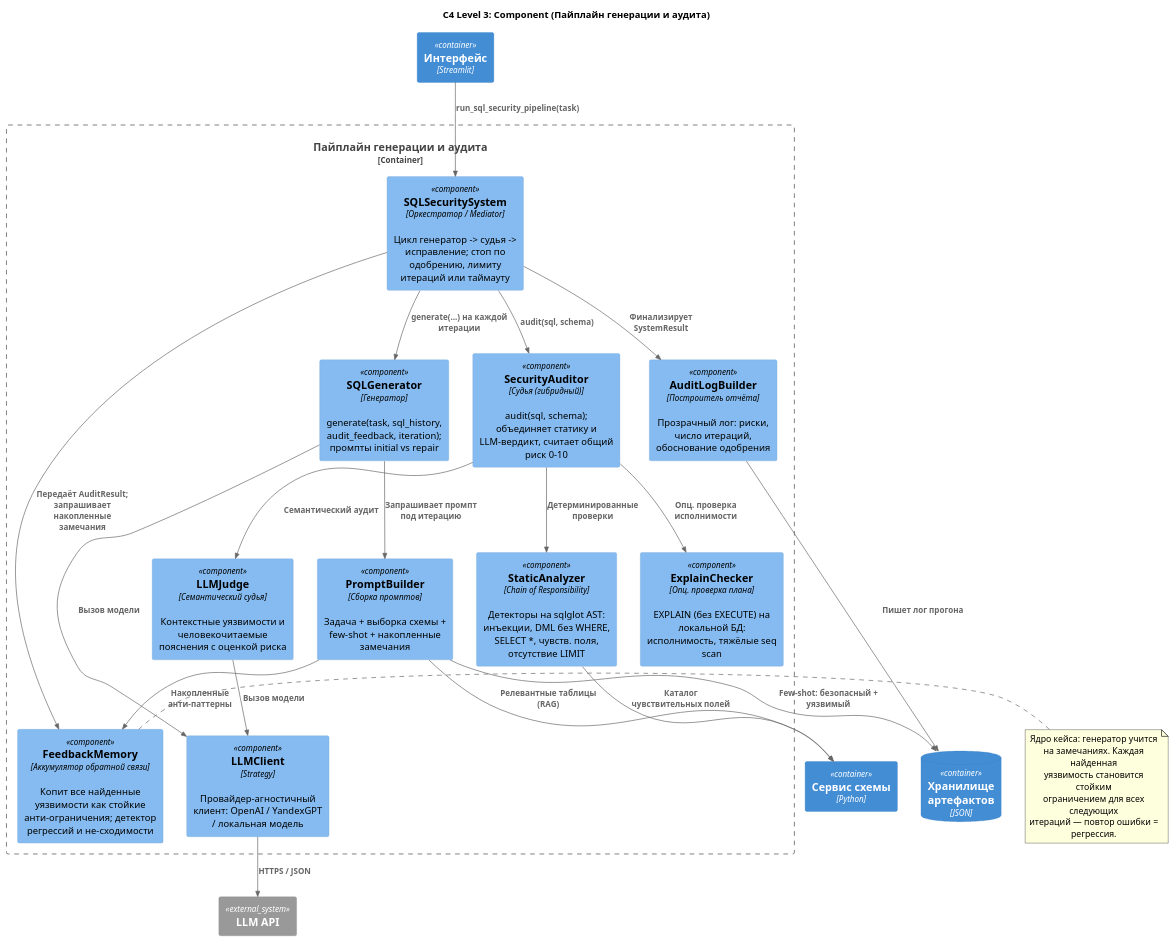
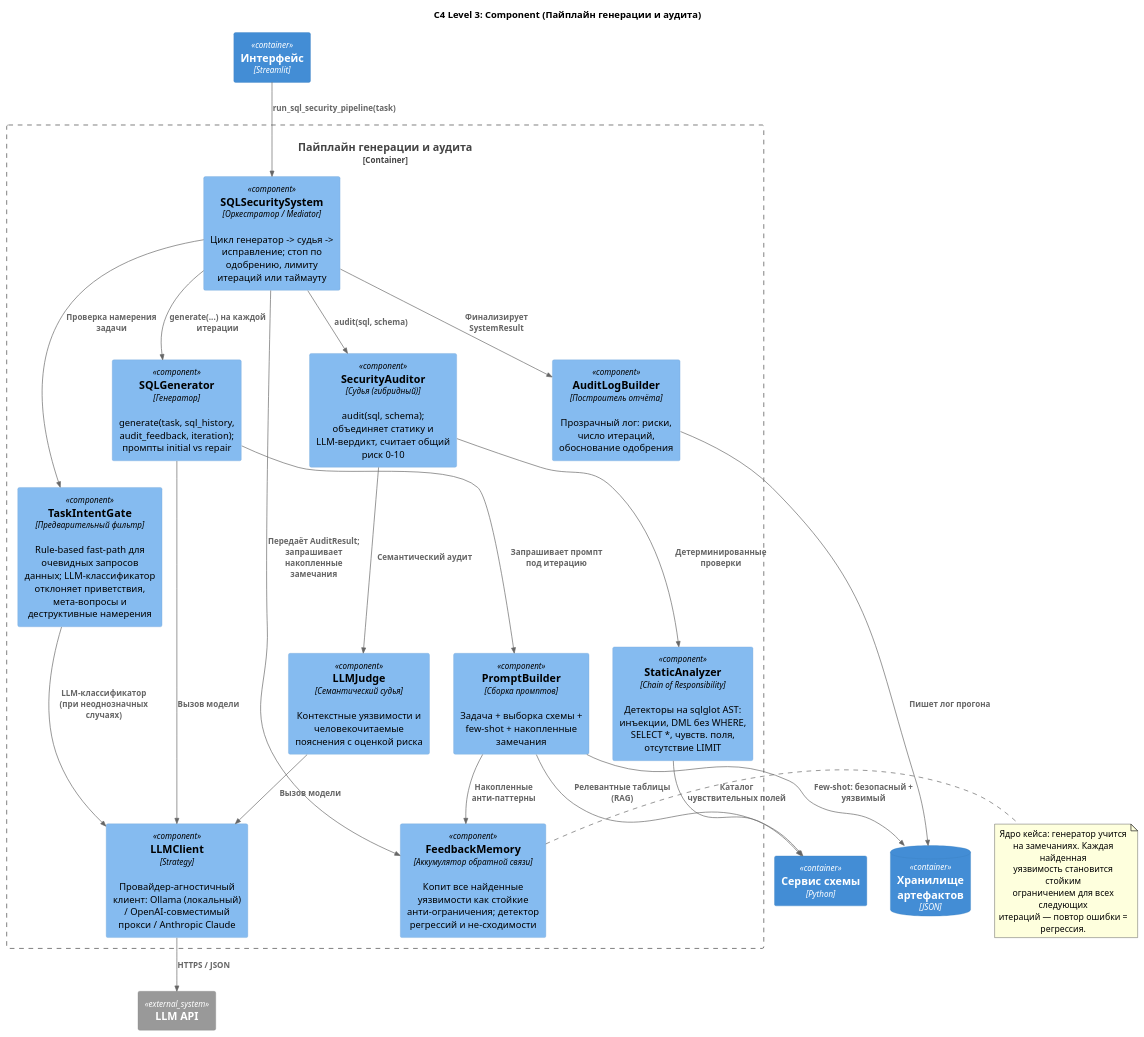
One commit to smirnoffmg/case3 changed the diagram in doc/arch/c3.puml. Above: the diagram before and after it, drawn with PlantUML. The commit also changed 12 other files, not shown here.

```diff
--- a/doc/arch/c3.puml
+++ b/doc/arch/c3.puml
@@ -1,58 +1,59 @@
 @startuml C3_Component_Core
 !include https://raw.githubusercontent.com/plantuml-stdlib/C4-PlantUML/master/C4_Component.puml
 
 title C4 Level 3: Component (Пайплайн генерации и аудита)
 
 Container(ui, "Интерфейс", "Streamlit")
 Container(schema_svc, "Сервис схемы", "Python")
 System_Ext(llm, "LLM API")
 ContainerDb(stores, "Хранилище артефактов", "JSON")
 
 Container_Boundary(core, "Пайплайн генерации и аудита") {
 
     Component(orchestrator, "SQLSecuritySystem", "Оркестратор / Mediator", "Цикл генератор -> судья -> исправление; стоп по одобрению, лимиту итераций или таймауту")
     Component(feedback, "FeedbackMemory", "Аккумулятор обратной связи", "Копит все найденные уязвимости как стойкие анти-ограничения; детектор регрессий и не-сходимости")
 
+    Component(intent_gate, "TaskIntentGate", "Предварительный фильтр", "Rule-based fast-path для очевидных запросов данных; LLM-классификатор отклоняет приветствия, мета-вопросы и деструктивные намерения")
     Component(generator, "SQLGenerator", "Генератор", "generate(task, sql_history, audit_feedback, iteration); промпты initial vs repair")
     Component(prompts, "PromptBuilder", "Сборка промптов", "Задача + выборка схемы + few-shot + накопленные замечания")
 
     Component(auditor, "SecurityAuditor", "Судья (гибридный)", "audit(sql, schema); объединяет статику и LLM-вердикт, считает общий риск 0–10")
     Component(static_chain, "StaticAnalyzer", "Chain of Responsibility", "Детекторы на sqlglot AST: инъекции, DML без WHERE, SELECT *, чувств. поля, отсутствие LIMIT")
     Component(llm_judge, "LLMJudge", "Семантический судья", "Контекстные уязвимости и человекочитаемые пояснения с оценкой риска")
-    Component(explain_check, "ExplainChecker", "Опц. проверка плана", "EXPLAIN (без EXECUTE) на локальной БД: исполнимость, тяжёлые seq scan")
 
-    Component(llm_client, "LLMClient", "Strategy", "Провайдер-агностичный клиент: OpenAI / YandexGPT / локальная модель")
+    Component(llm_client, "LLMClient", "Strategy", "Провайдер-агностичный клиент: Ollama (локальный) / OpenAI-совместимый прокси / Anthropic Claude")
     Component(audit_log, "AuditLogBuilder", "Построитель отчёта", "Прозрачный лог: риски, число итераций, обоснование одобрения")
 }
 
 Rel(ui, orchestrator, "run_sql_security_pipeline(task)")
 
+Rel(orchestrator, intent_gate, "Проверка намерения задачи")
 Rel(orchestrator, generator, "generate(...) на каждой итерации")
 Rel(orchestrator, auditor, "audit(sql, schema)")
 Rel(orchestrator, feedback, "Передаёт AuditResult; запрашивает накопленные замечания")
 Rel(orchestrator, audit_log, "Финализирует SystemResult")
 
+Rel(intent_gate, llm_client, "LLM-классификатор (при неоднозначных случаях)")
 Rel(generator, prompts, "Запрашивает промпт под итерацию")
 Rel(prompts, schema_svc, "Релевантные таблицы (RAG)")
 Rel(prompts, feedback, "Накопленные анти-паттерны")
 Rel(prompts, stores, "Few-shot: безопасный + уязвимый")
 Rel(generator, llm_client, "Вызов модели")
 
 Rel(auditor, static_chain, "Детерминированные проверки")
 Rel(auditor, llm_judge, "Семантический аудит")
-Rel(auditor, explain_check, "Опц. проверка исполнимости")
 Rel(static_chain, schema_svc, "Каталог чувствительных полей")
 Rel(llm_judge, llm_client, "Вызов модели")
 
 Rel(llm_client, llm, "HTTPS / JSON")
 Rel(audit_log, stores, "Пишет лог прогона")
 
 note right of feedback
   Ядро кейса: генератор учится
   на замечаниях. Каждая найденная
   уязвимость становится стойким
   ограничением для всех следующих
   итераций — повтор ошибки = регрессия.
 end note
 
 @enduml
```
